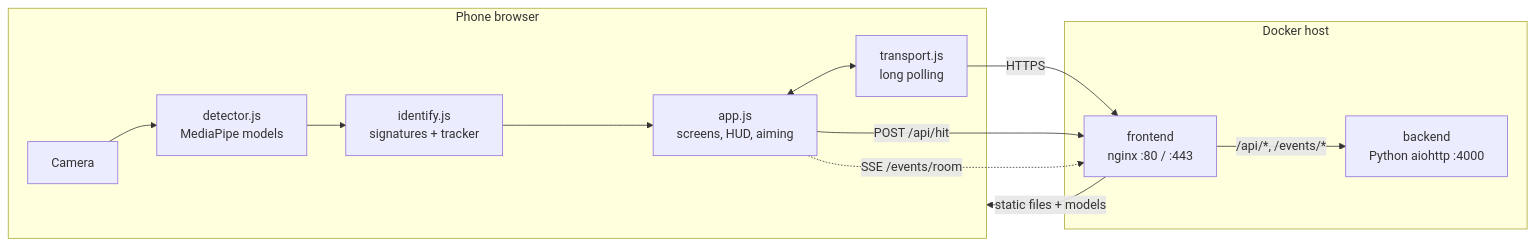
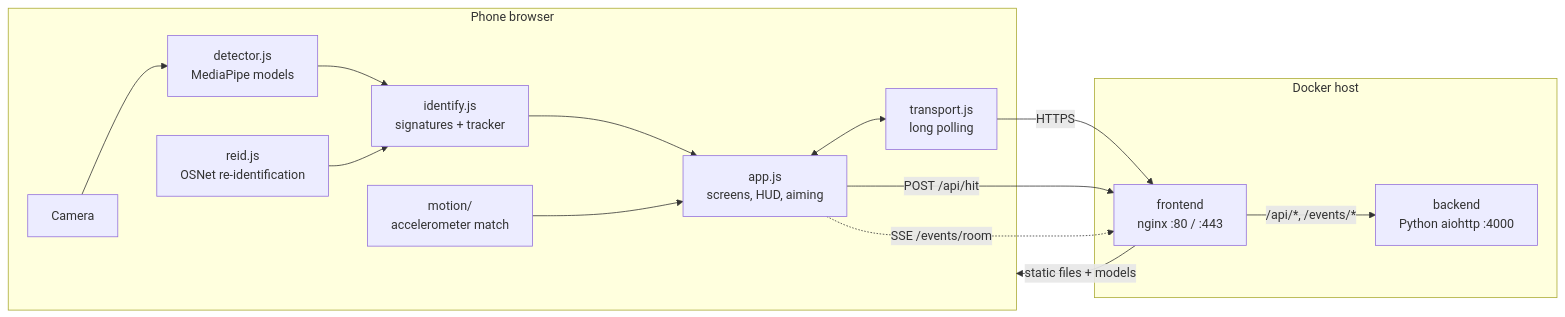
One commit to Basiliskenzahn/Laser-Tag changed the first of 2 diagrams in docs/architecture.md. Above: the diagram before and after it, drawn with Mermaid. The commit also changed other lines of this file and 19 other files, not shown here.

First line of the commit message:
Update docs/ for reid.js, motion matching, and other drift

````diff
--- a/docs/architecture.md
+++ b/docs/architecture.md
@@ -10,20 +10,22 @@
 ```mermaid
 flowchart LR
   subgraph Phone["Phone browser"]
     CAM[Camera] --> DET["detector.js<br/>MediaPipe models"]
     DET --> ID["identify.js<br/>signatures + tracker"]
+    REID["reid.js<br/>OSNet re-identification"] --> ID
     ID --> APP["app.js<br/>screens, HUD, aiming"]
+    MOT["motion/<br/>accelerometer match"] --> APP
     APP <--> TR["transport.js<br/>long polling"]
   end
 
   subgraph Host["Docker host"]
     NGINX["frontend<br/>nginx :80 / :443"]
     PY["backend<br/>Python aiohttp :4000"]
     NGINX -- "/api/*, /events/*" --> PY
   end
 
   TR -- "HTTPS" --> NGINX
   APP -- "POST /api/hit" --> NGINX
   APP -. "SSE /events/room" .-> NGINX
   NGINX -- "static files + models" --> Phone
 ```
````
